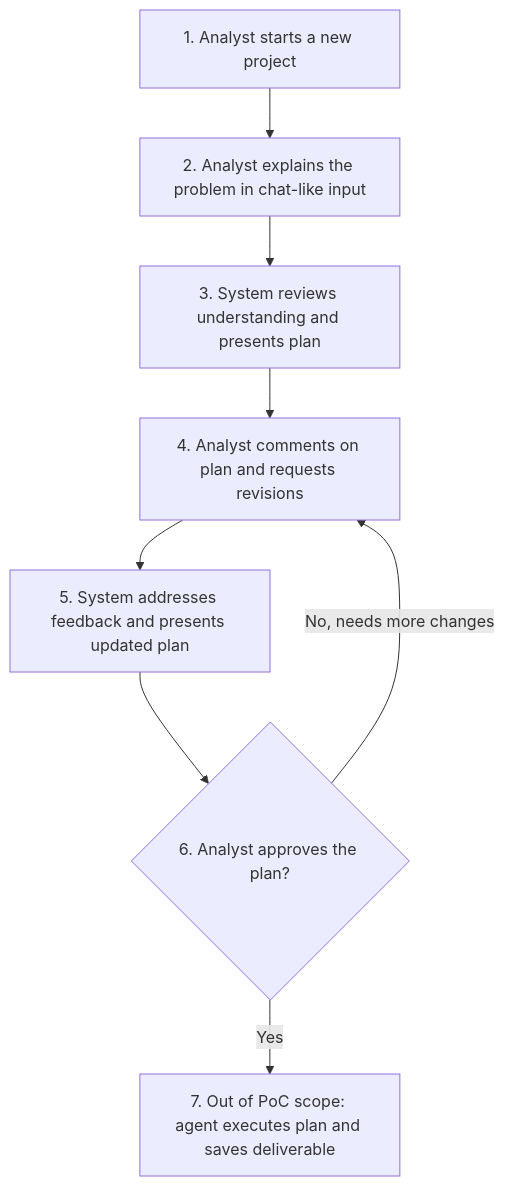
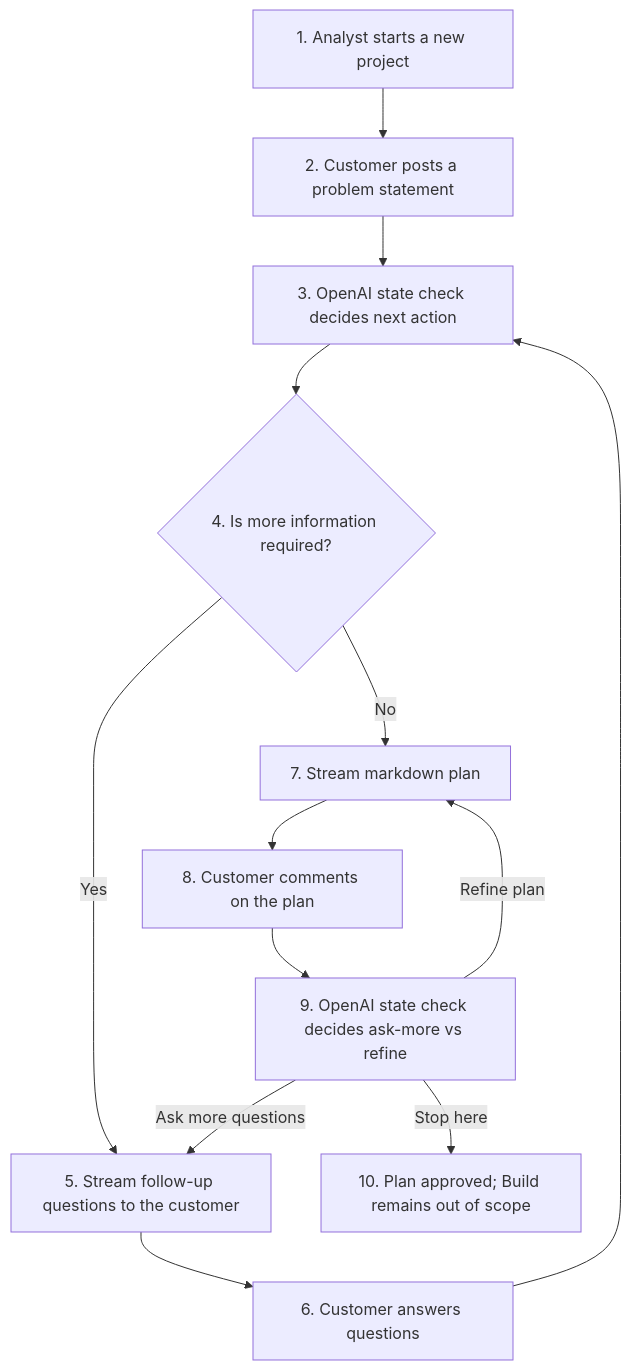
One commit to BobLeBuildeur/DiscordBot changed the diagram in milestones/PoC.md. Above: the diagram before and after it, drawn with Mermaid. The commit also changed other lines of this file and 7 other files, not shown here.

Commit message:
Refine PoC agentic orchestrator scope (#9)

````diff
--- a/milestones/PoC.md
+++ b/milestones/PoC.md
@@ -52,14 +47,20 @@
 ```mermaid
 flowchart TD
     A[1. Analyst starts a new project]
-    B[2. Analyst explains the problem in chat-like input]
-    C[3. System reviews understanding and presents plan]
-    D[4. Analyst comments on plan and requests revisions]
-    E[5. System addresses feedback and presents updated plan]
-    F{6. Analyst approves the plan?}
-    G[7. Out of PoC scope: agent executes plan and saves deliverable]
+    B[2. Customer posts a problem statement]
+    C[3. OpenAI state check decides next action]
+    D{4. Is more information required?}
+    E[5. Stream follow-up questions to the customer]
+    F[6. Customer answers questions]
+    G[7. Stream markdown plan]
+    H[8. Customer comments on the plan]
+    I[9. OpenAI state check decides ask-more vs refine]
+    J[10. Plan approved; Build remains out of scope]
 
-    A --> B --> C --> D --> E --> F
-    F -- No, needs more changes --> D
-    F -- Yes --> G
+    A --> B --> C --> D
+    D -- Yes --> E --> F --> C
+    D -- No --> G --> H --> I
+    I -- Ask more questions --> E
+    I -- Refine plan --> G
+    I -- Stop here --> J
 ```
````
